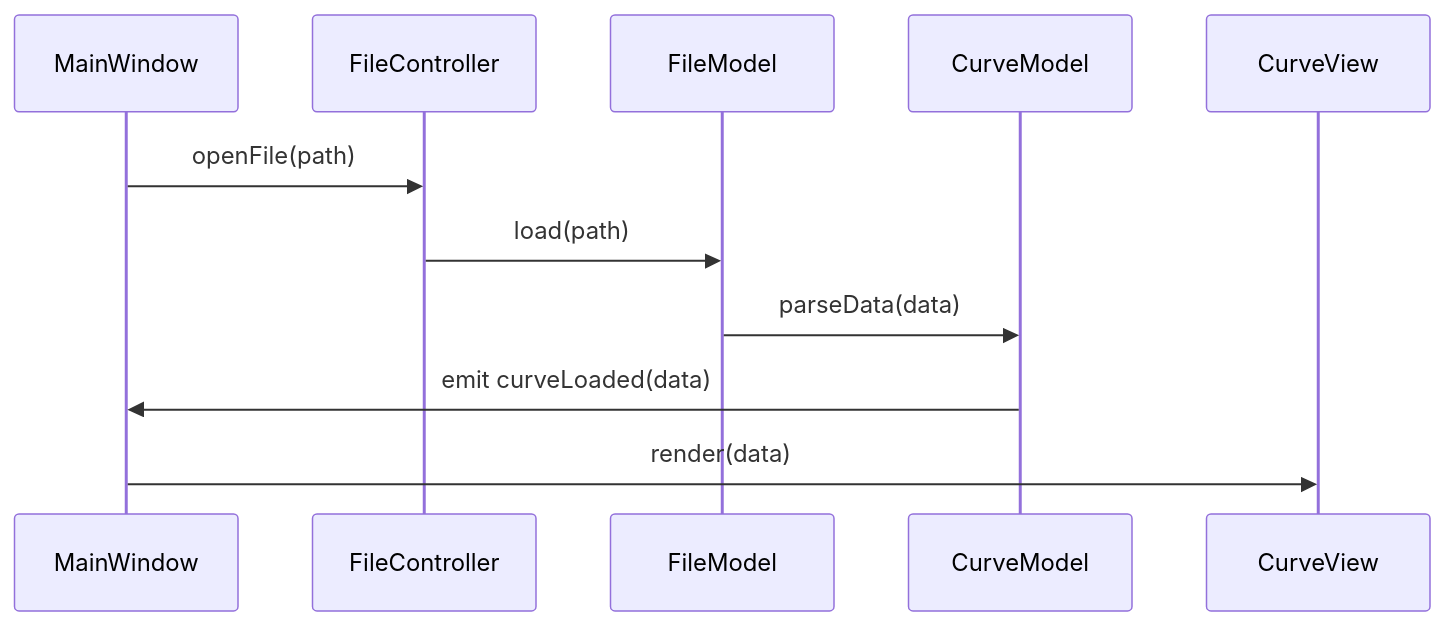
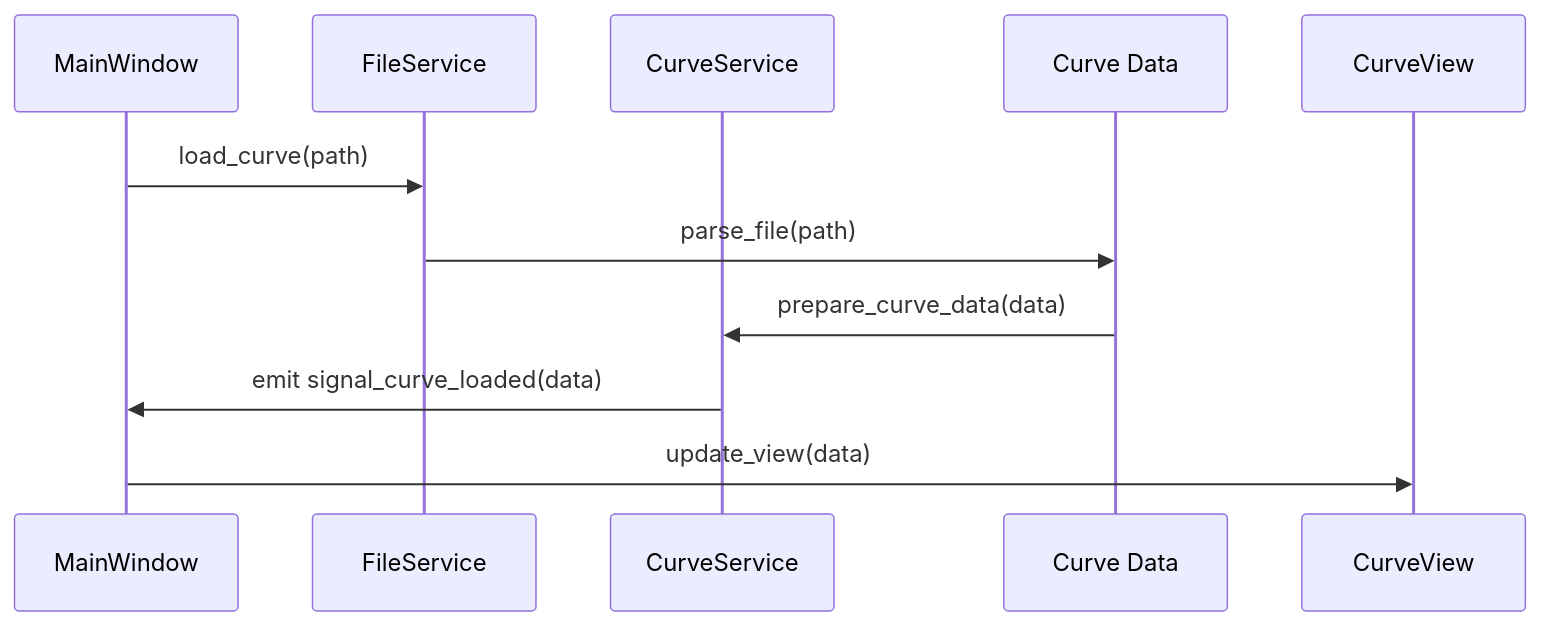
Before and after one commit to semmlerino/CurveEditor: the second of 4 diagrams in docs/architecture.md, drawn with Mermaid. The commit also changed other lines of this file and 24 other files, not shown here.

````diff
--- a/docs/architecture.md
+++ b/docs/architecture.md
@@ -55,12 +79,12 @@
 ```mermaid
 sequenceDiagram
     participant UI as MainWindow
-    participant Ctrl as FileController
-    participant FM as FileModel
-    participant CM as CurveModel
-    UI->>Ctrl: openFile(path)
-    Ctrl->>FM: load(path)
-    FM->>CM: parseData(data)
-    CM->>UI: emit curveLoaded(data)
-    UI->>CurveView: render(data)
+    participant FS as FileService
+    participant CS as CurveService
+    participant Data as Curve Data
+    UI->>FS: load_curve(path)
+    FS->>Data: parse_file(path)
+    Data->>CS: prepare_curve_data(data)
+    CS->>UI: emit signal_curve_loaded(data)
+    UI->>CurveView: update_view(data)
 ```
````
